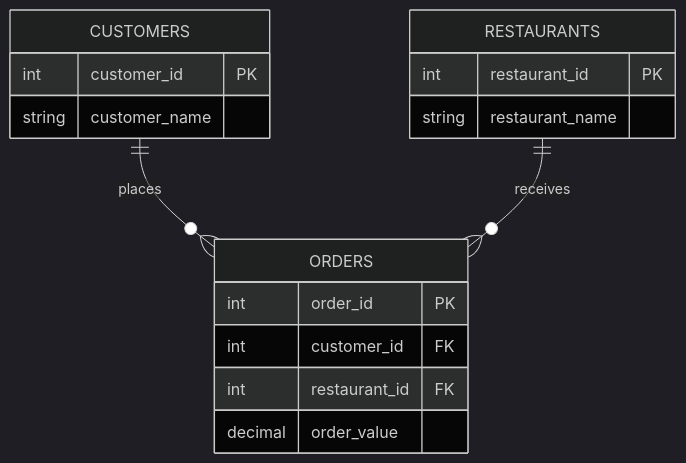
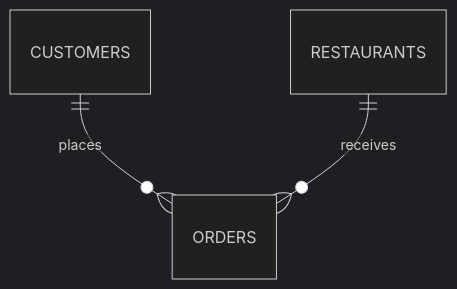
The diagram in Day-01-SQL-Food-Delivery-Analysis/README.md (shanmukhkoyya/analytics-coding-challenge), drawn with Mermaid (dark theme) before and after one commit. The commit also changed other lines of this file, not shown here.

Commit message:
Redesign Day 01 README as restaurant operations report

````diff
--- a/Day-01-SQL-Food-Delivery-Analysis/README.md
+++ b/Day-01-SQL-Food-Delivery-Analysis/README.md
@@ -18,19 +15,5 @@
 ```mermaid
 erDiagram
  CUSTOMERS ||--o{ ORDERS : places
  RESTAURANTS ||--o{ ORDERS : receives
- CUSTOMERS {
-  int customer_id PK
-  string customer_name
- }
- ORDERS {
-  int order_id PK
-  int customer_id FK
-  int restaurant_id FK
-  decimal order_value
- }
- RESTAURANTS {
-  int restaurant_id PK
-  string restaurant_name
- }
 ```
````
